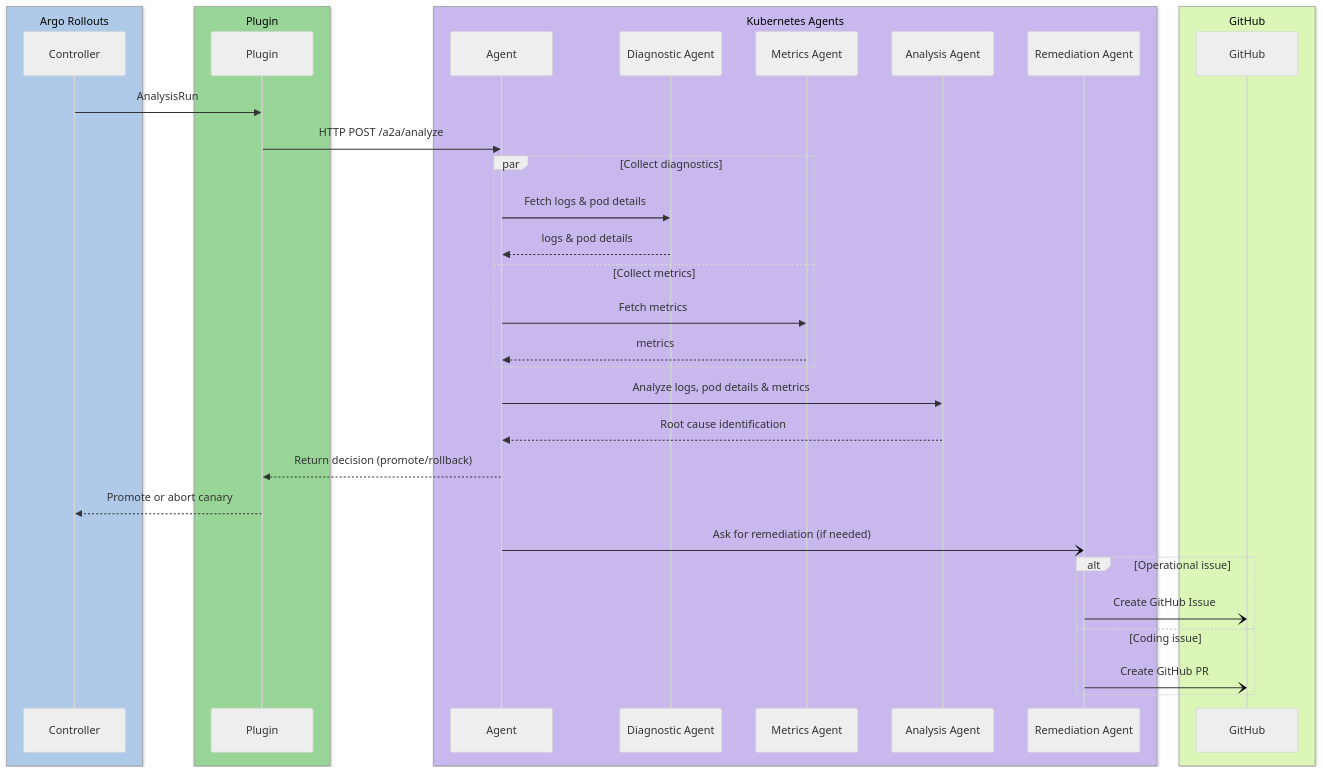
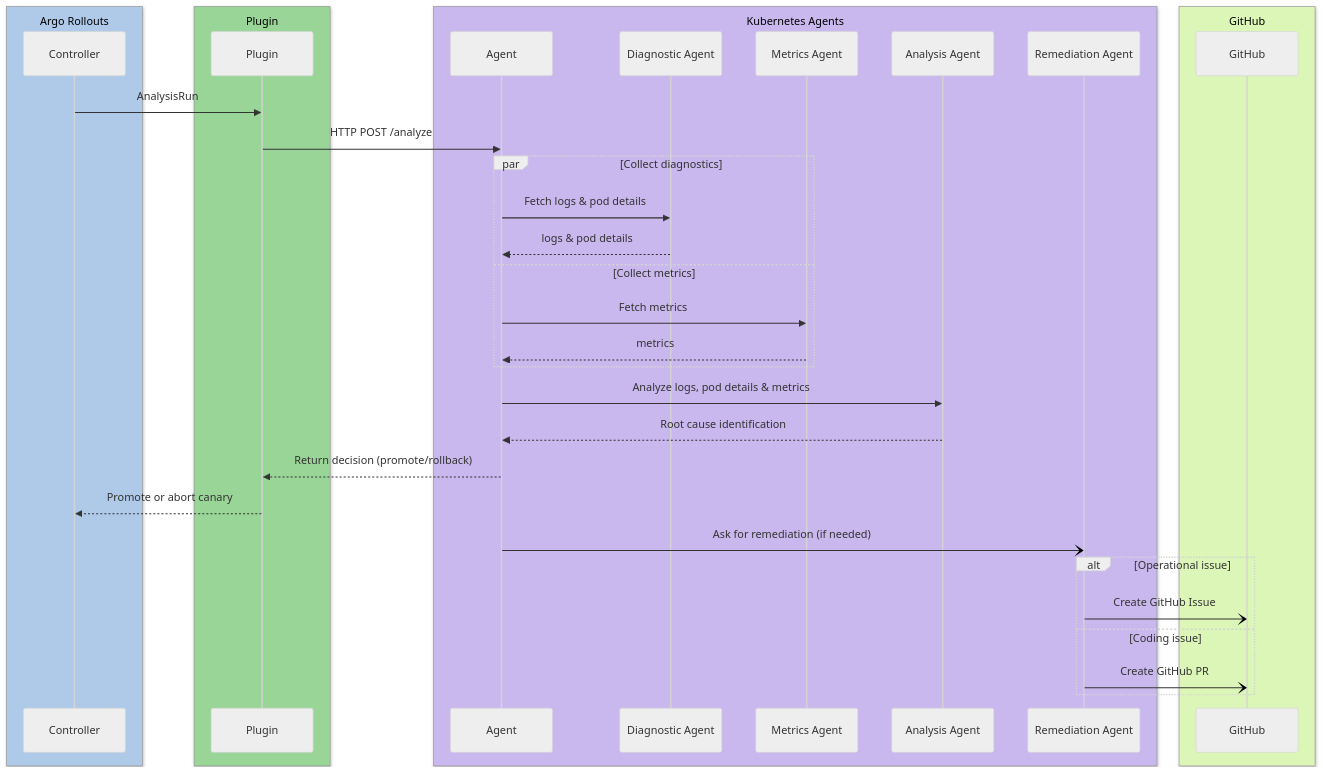
Before and after one commit to argoproj-labs/rollouts-plugin-metric-ai: the diagram in README.md, drawn with Mermaid (neutral theme). The commit also changed other lines of this file and 6 other files, not shown here.

````diff
--- a/README.md
+++ b/README.md
@@ -92,39 +92,39 @@
 ```mermaid
 sequenceDiagram
     box rgb(175, 202, 232) Argo Rollouts
         participant AC as Controller
     end
     box rgb(152, 213, 151) Plugin
         participant P as Plugin
     end
     box rgb(200, 184, 238) Kubernetes Agents
         participant KA as Agent
         participant DA as Diagnostic Agent
         participant MA as Metrics Agent
         participant AA as Analysis Agent
         participant RA as Remediation Agent
     end
     box rgb(220, 246, 184) GitHub
         participant GH as GitHub
     end
 
     AC->>P: AnalysisRun
-    P->>KA: HTTP POST /a2a/analyze
+    P->>KA: HTTP POST /analyze
     par Collect diagnostics
         KA->>DA: Fetch logs & pod details
         DA-->>KA: logs & pod details
     and Collect metrics
         KA->>MA: Fetch metrics
         MA-->>KA: metrics
     end
     KA->>AA: Analyze logs, pod details & metrics
     AA-->>KA: Root cause identification
     KA-->>P: Return decision (promote/rollback)
     P-->>AC: Promote or abort canary
     KA-)RA: Ask for remediation (if needed)
     alt Operational issue
         RA-)GH: Create GitHub Issue
     else Coding issue
         RA-)GH: Create GitHub PR
     end
 ```
````
